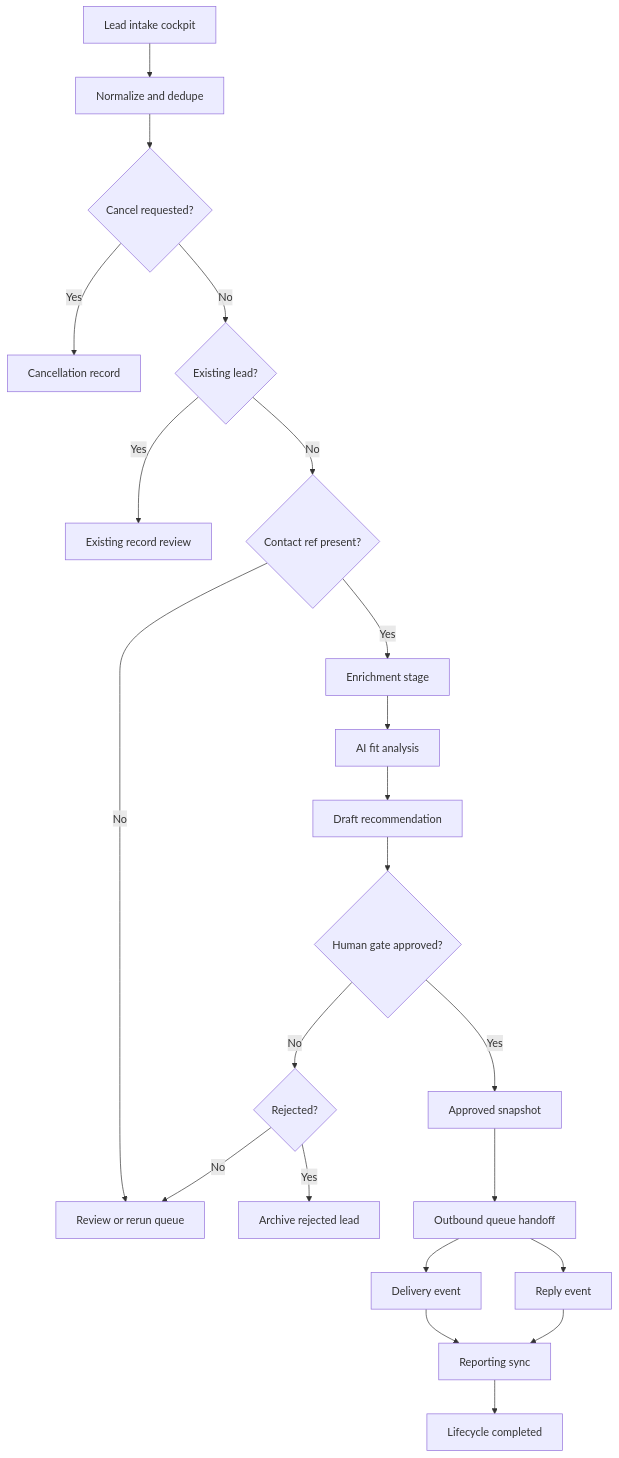
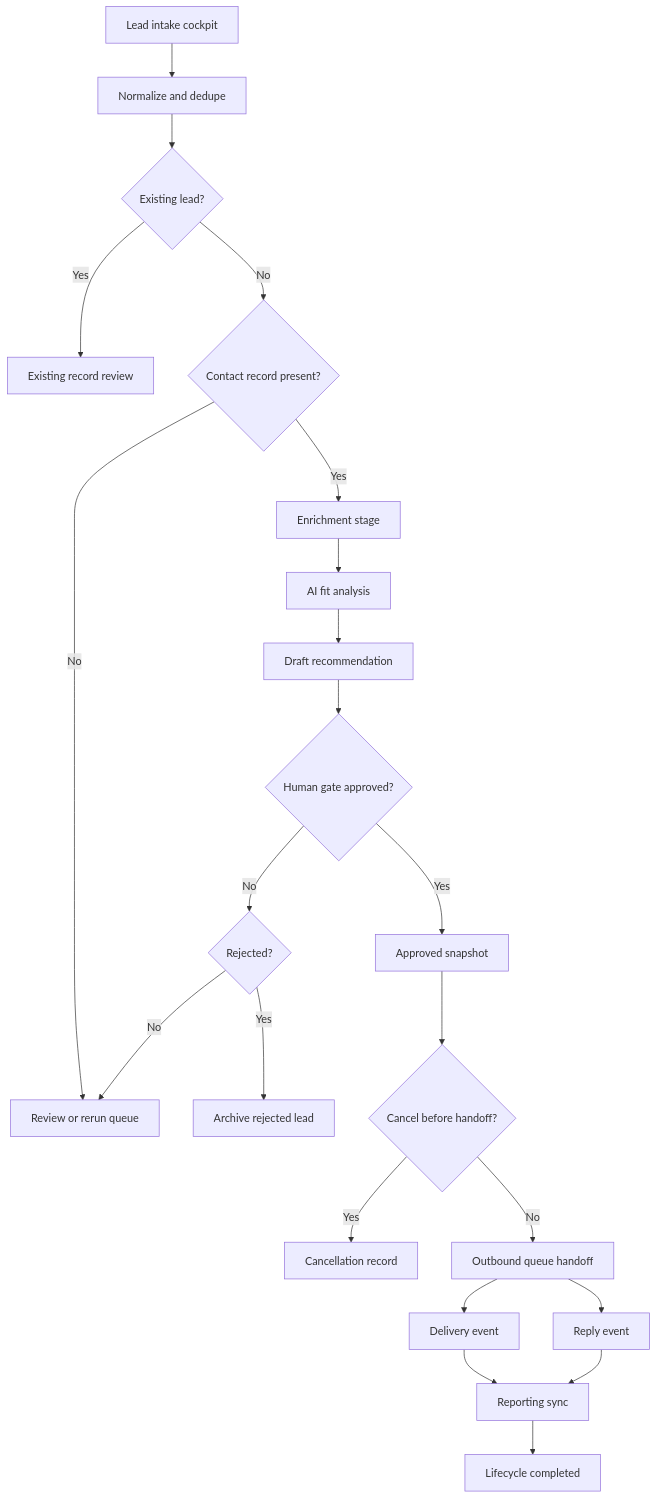
One commit to kingdomledger/AI_Growth_Systems_Design_Patterns changed the diagram in 02-lead-enrichment-outreach-system/README.md. Above: the diagram before and after it, drawn with Mermaid. The commit also changed other lines of this file and 3 other files, not shown here.

Commit message:
Clarify lead enrichment workflow handoff

````diff
--- a/02-lead-enrichment-outreach-system/README.md
+++ b/02-lead-enrichment-outreach-system/README.md
@@ -13,24 +13,24 @@
 ```mermaid
 flowchart TD
   A[Lead intake cockpit] --> B[Normalize and dedupe]
-  B --> C{Cancel requested?}
-  C -- Yes --> D[Cancellation record]
-  C -- No --> E{Existing lead?}
-  E -- Yes --> F[Existing record review]
-  E -- No --> G{Contact ref present?}
-  G -- No --> H[Review or rerun queue]
-  G -- Yes --> I[Enrichment stage]
-  I --> J[AI fit analysis]
-  J --> K[Draft recommendation]
-  K --> L{Human gate approved?}
-  L -- No --> M{Rejected?}
-  M -- Yes --> N[Archive rejected lead]
-  M -- No --> H
-  L -- Yes --> O[Approved snapshot]
-  O --> P[Outbound queue handoff]
+  B --> C{Existing lead?}
+  C -- Yes --> D[Existing record review]
+  C -- No --> E{Contact record present?}
+  E -- No --> F[Review or rerun queue]
+  E -- Yes --> G[Enrichment stage]
+  G --> H[AI fit analysis]
+  H --> I[Draft recommendation]
+  I --> J{Human gate approved?}
+  J -- No --> K{Rejected?}
+  K -- Yes --> L[Archive rejected lead]
+  K -- No --> F
+  J -- Yes --> M[Approved snapshot]
+  M --> N{Cancel before handoff?}
+  N -- Yes --> O[Cancellation record]
+  N -- No --> P[Outbound queue handoff]
   P --> Q[Delivery event]
   P --> R[Reply event]
   Q --> S[Reporting sync]
   R --> S
   S --> T[Lifecycle completed]
 ```
````
